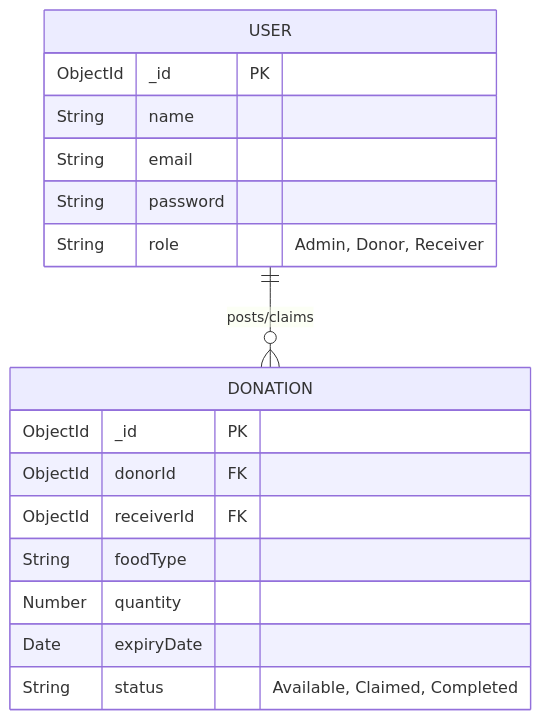
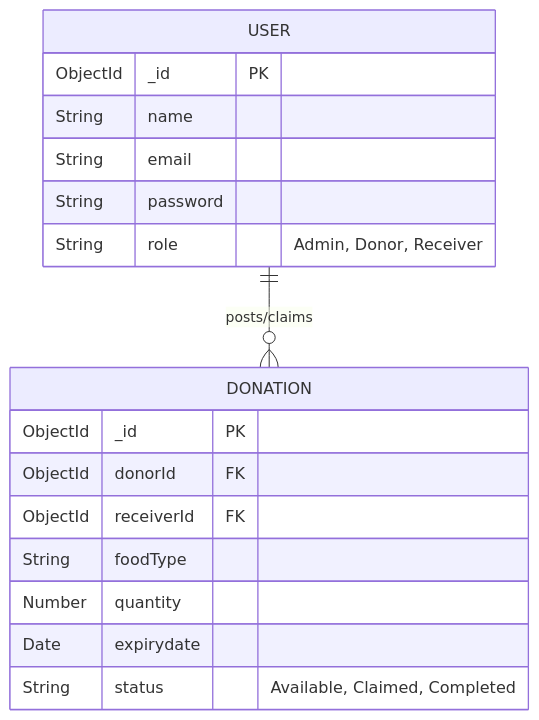
One commit to Somnath29/EcoShare_Smart_Food_Waste_Management_System changed the second of 2 diagrams in README.md. Above: the diagram before and after it, drawn with Mermaid. The commit also changed other lines of this file, not shown here.

````diff
--- a/README.md
+++ b/README.md
@@ -54,20 +54,20 @@
 ```mermaid
 erDiagram
     USER ||--o{ DONATION : "posts/claims"
     USER {
         ObjectId _id PK
         String name
         String email
         String password
         String role "Admin, Donor, Receiver"
     }
     DONATION {
         ObjectId _id PK
         ObjectId donorId FK
         ObjectId receiverId FK
         String foodType
         Number quantity
-        Date expiryDate
+        Date expirydate
         String status "Available, Claimed, Completed"
     }
 ```
````
